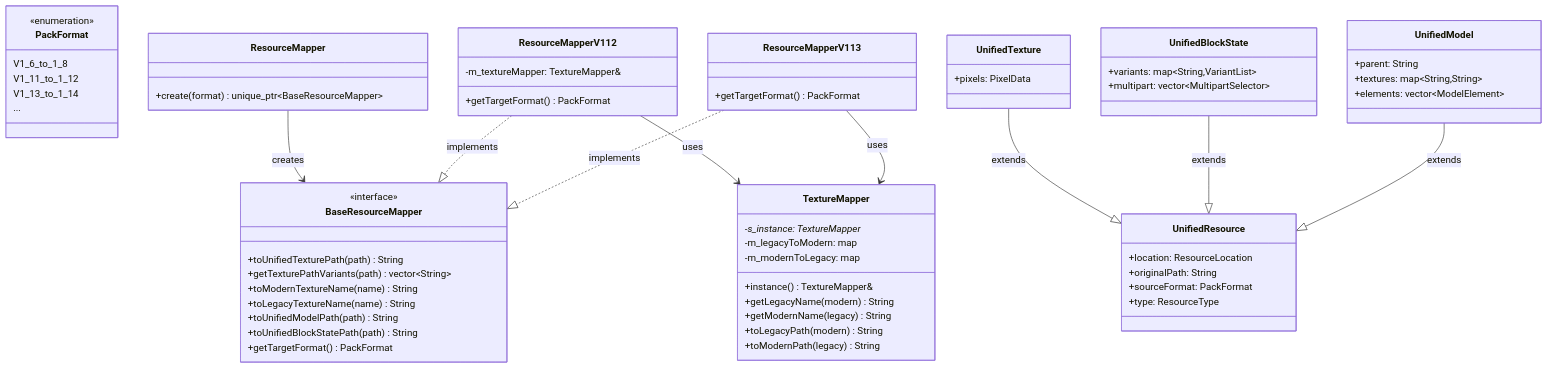
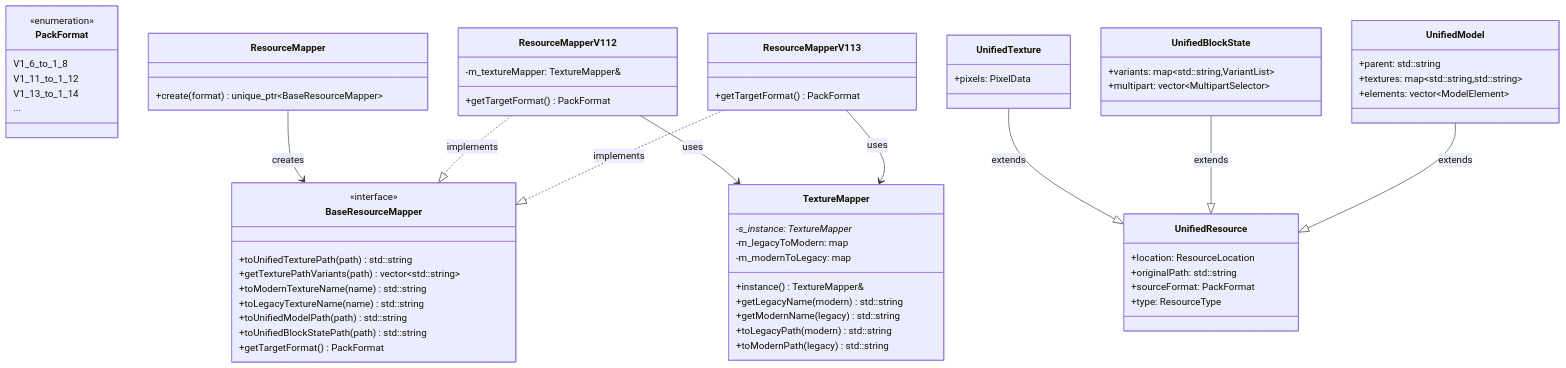
The fifth of 6 diagrams in src/common/resource/compat/README.md (g122622/Cubium), drawn with Mermaid before and after one commit. The commit also changed other lines of this file and 823 other files, not shown here.

````diff
--- a/src/common/resource/compat/README.md
+++ b/src/common/resource/compat/README.md
@@ -321,76 +321,76 @@
 ```mermaid
 classDiagram
     class PackFormat {
         <<enumeration>>
         V1_6_to_1_8
         V1_11_to_1_12
         V1_13_to_1_14
         ...
     }
     
     class TextureMapper {
         -s_instance: TextureMapper*
         -m_legacyToModern: map
         -m_modernToLegacy: map
         +instance() TextureMapper&
-        +getLegacyName(modern) String
-        +getModernName(legacy) String
-        +toLegacyPath(modern) String
-        +toModernPath(legacy) String
+        +getLegacyName(modern) std::string
+        +getModernName(legacy) std::string
+        +toLegacyPath(modern) std::string
+        +toModernPath(legacy) std::string
     }
     
     class BaseResourceMapper {
         <<interface>>
-        +toUnifiedTexturePath(path) String
-        +getTexturePathVariants(path) vector~String~
-        +toModernTextureName(name) String
-        +toLegacyTextureName(name) String
-        +toUnifiedModelPath(path) String
-        +toUnifiedBlockStatePath(path) String
+        +toUnifiedTexturePath(path) std::string
+        +getTexturePathVariants(path) vector~std::string~
+        +toModernTextureName(name) std::string
+        +toLegacyTextureName(name) std::string
+        +toUnifiedModelPath(path) std::string
+        +toUnifiedBlockStatePath(path) std::string
         +getTargetFormat() PackFormat
     }
     
     class ResourceMapper {
         +create(format) unique_ptr~BaseResourceMapper~
     }
     
     class ResourceMapperV112 {
         -m_textureMapper: TextureMapper&
         +getTargetFormat() PackFormat
     }
     
     class ResourceMapperV113 {
         +getTargetFormat() PackFormat
     }
     
     class UnifiedResource {
         +location: ResourceLocation
-        +originalPath: String
+        +originalPath: std::string
         +sourceFormat: PackFormat
         +type: ResourceType
     }
     
     class UnifiedTexture {
         +pixels: PixelData
     }
     
     class UnifiedBlockState {
-        +variants: map~String,VariantList~
+        +variants: map~std::string,VariantList~
         +multipart: vector~MultipartSelector~
     }
     
     class UnifiedModel {
-        +parent: String
-        +textures: map~String,String~
+        +parent: std::string
+        +textures: map~std::string,std::string~
         +elements: vector~ModelElement~
     }
     
     ResourceMapper --> BaseResourceMapper : creates
     ResourceMapperV112 ..|> BaseResourceMapper : implements
     ResourceMapperV113 ..|> BaseResourceMapper : implements
     ResourceMapperV112 --> TextureMapper : uses
     ResourceMapperV113 --> TextureMapper : uses
     UnifiedTexture --|> UnifiedResource : extends
     UnifiedBlockState --|> UnifiedResource : extends
     UnifiedModel --|> UnifiedResource : extends
 ```
````
